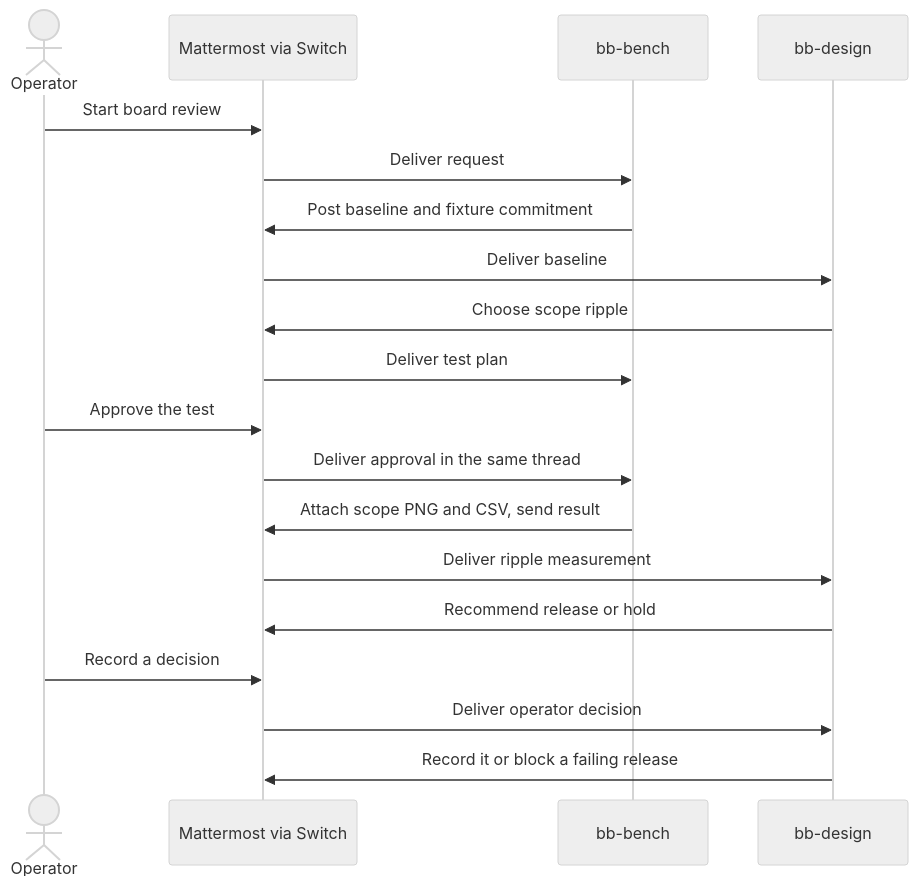
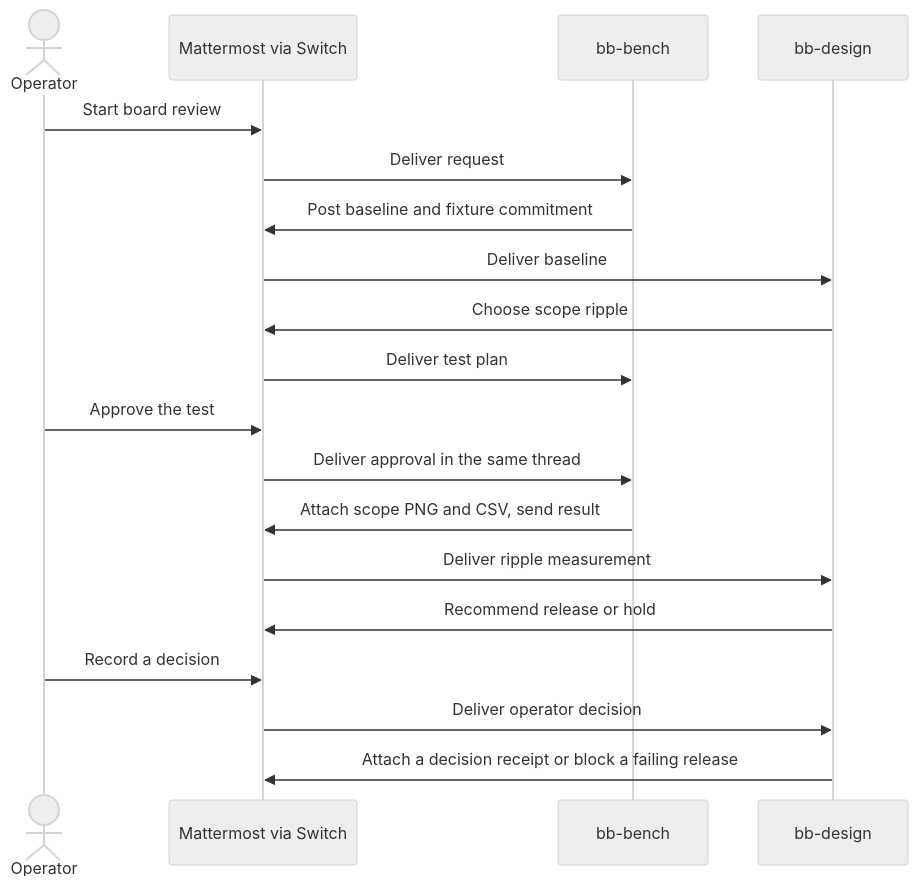
Before and after one commit to ShaanGS/blind-bench: the diagram in README.md, drawn with Mermaid (neutral theme). The commit also changed other lines of this file and 22 other files, not shown here.

Commit message:
Attach verifiable Switch decision receipts

````diff
--- a/README.md
+++ b/README.md
@@ -34,21 +34,21 @@
 ```mermaid
 sequenceDiagram
     actor Operator
     participant S as Mattermost via Switch
     participant Bench as bb-bench
     participant Design as bb-design
     Operator->>S: Start board review
     S->>Bench: Deliver request
     Bench->>S: Post baseline and fixture commitment
     S->>Design: Deliver baseline
     Design->>S: Choose scope ripple
     S->>Bench: Deliver test plan
     Operator->>S: Approve the test
     S->>Bench: Deliver approval in the same thread
     Bench->>S: Attach scope PNG and CSV, send result
     S->>Design: Deliver ripple measurement
     Design->>S: Recommend release or hold
     Operator->>S: Record a decision
     S->>Design: Deliver operator decision
-    Design->>S: Record it or block a failing release
+    Design->>S: Attach a decision receipt or block a failing release
 ```
````
